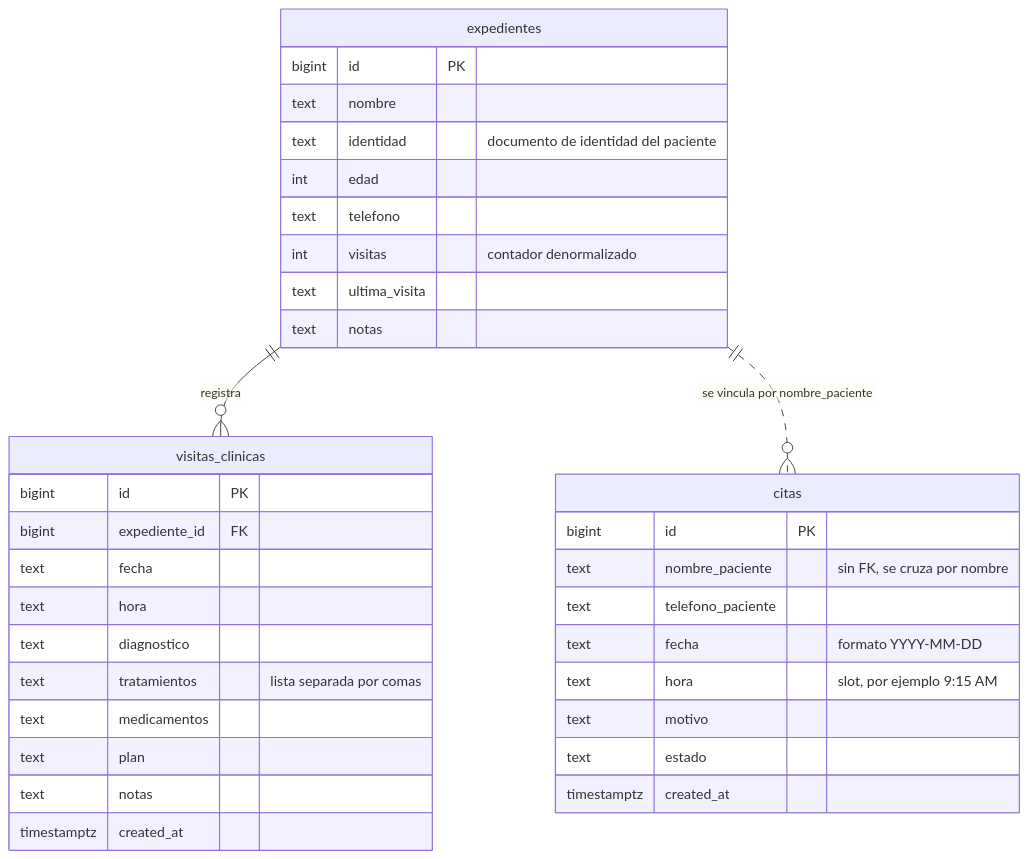
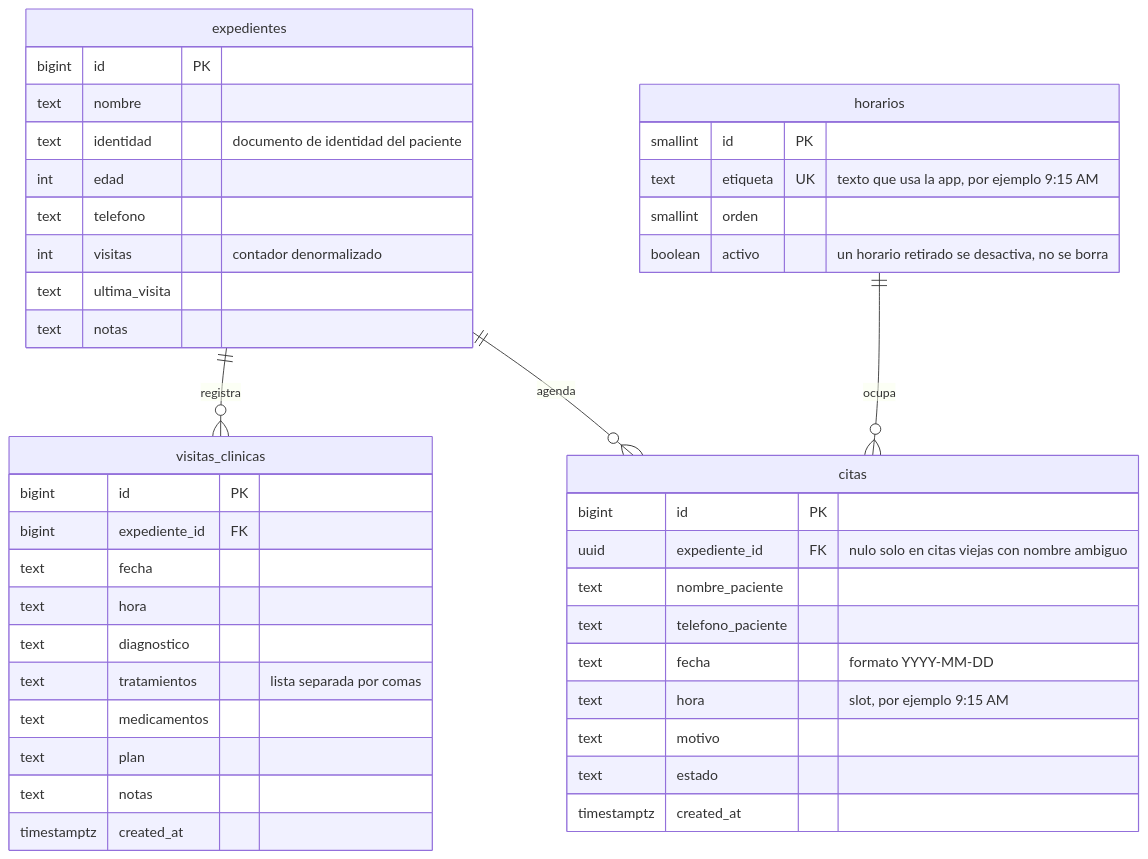
Before and after one commit to AngieH202/Proyecto_ISW2: the fourth of 6 diagrams in docs/arquitectura.md, drawn with Mermaid. The commit also changed other lines of this file and 5 other files, not shown here.

First line of the commit message:
feat(db): catalogo de horarios y las llaves foraneas que faltaban

````diff
--- a/docs/arquitectura.md
+++ b/docs/arquitectura.md
@@ -186,40 +186,49 @@
 ```mermaid
 erDiagram
     expedientes ||--o{ visitas_clinicas : "registra"
-    expedientes ||..o{ citas : "se vincula por nombre_paciente"
+    expedientes ||--o{ citas : "agenda"
+    horarios    ||--o{ citas : "ocupa"
+
+    horarios {
+        smallint id PK
+        text etiqueta UK "texto que usa la app, por ejemplo 9:15 AM"
+        smallint orden
+        boolean activo "un horario retirado se desactiva, no se borra"
+    }
 
     expedientes {
         bigint id PK
         text nombre
         text identidad "documento de identidad del paciente"
         int edad
         text telefono
         int visitas "contador denormalizado"
         text ultima_visita
         text notas
     }
 
     visitas_clinicas {
         bigint id PK
         bigint expediente_id FK
         text fecha
         text hora
         text diagnostico
         text tratamientos "lista separada por comas"
         text medicamentos
         text plan
         text notas
         timestamptz created_at
     }
 
     citas {
         bigint id PK
-        text nombre_paciente "sin FK, se cruza por nombre"
+        uuid expediente_id FK "nulo solo en citas viejas con nombre ambiguo"
+        text nombre_paciente
         text telefono_paciente
         text fecha "formato YYYY-MM-DD"
         text hora "slot, por ejemplo 9:15 AM"
         text motivo
         text estado
         timestamptz created_at
     }
 ```
````
